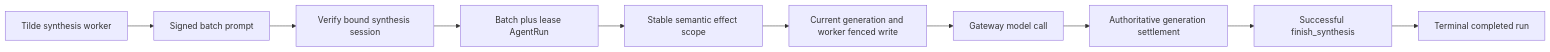
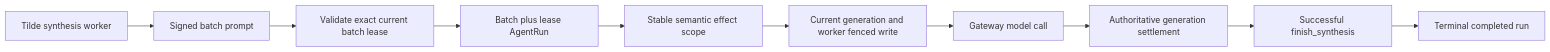
The diagram in docs/updates/129.md (trytilde/dispatch), drawn with Mermaid before and after one commit. The commit also changed other lines of this file and 14 other files, not shown here.

Commit message:
fix(memory): validate synthesis before billing

````diff
--- a/docs/updates/129.md
+++ b/docs/updates/129.md
@@ -18,12 +24,12 @@
 ```mermaid
 flowchart LR
   W[Tilde synthesis worker] --> P[Signed batch prompt]
-  P --> V[Verify bound synthesis session]
+  P --> V[Validate exact current batch lease]
   V --> R[Batch plus lease AgentRun]
   R --> E[Stable semantic effect scope]
   E --> C[Current generation and worker fenced write]
   C --> G[Gateway model call]
   G --> S[Authoritative generation settlement]
   S --> F[Successful finish_synthesis]
   F --> D[Terminal completed run]
 ```
````
